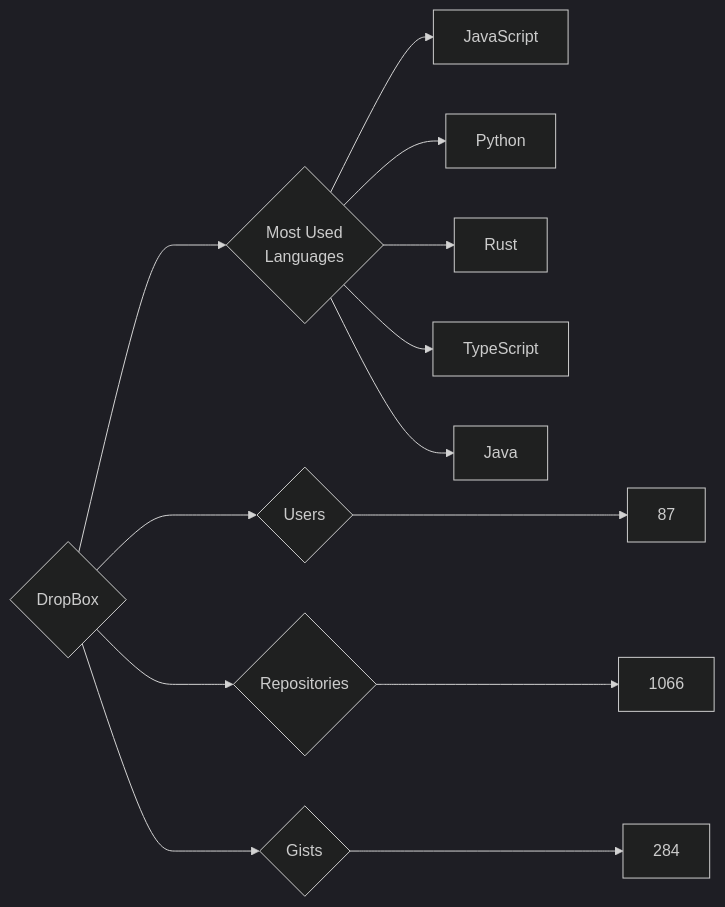
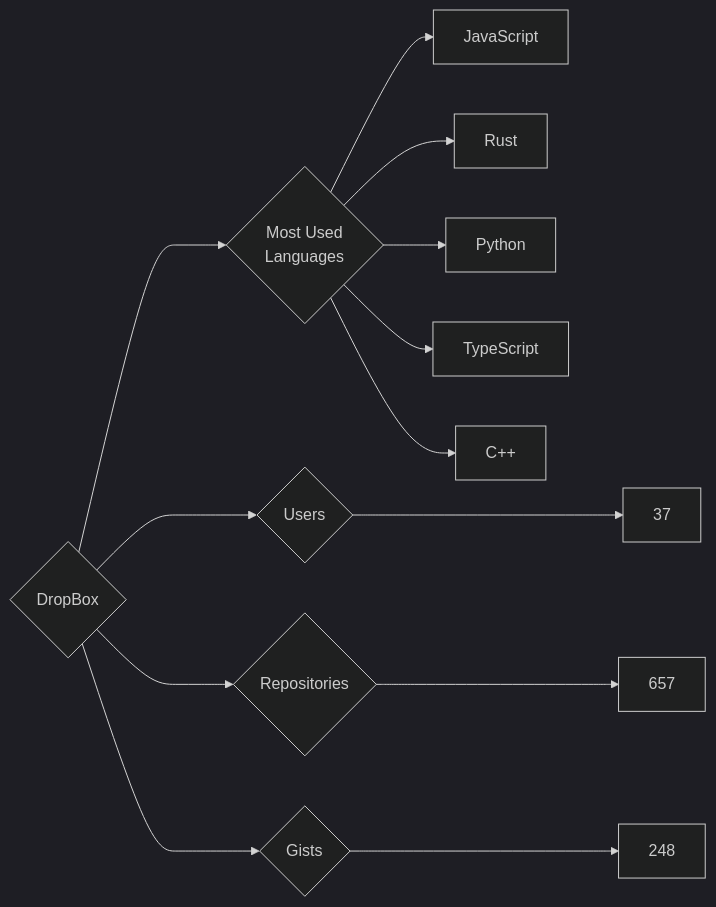
One commit to trickest/insiders changed the diagram in targets/DropBox/README.md. Above: the diagram before and after it, drawn with Mermaid (dark theme). The commit also changed 899 other files, not shown here.

````diff
--- a/targets/DropBox/README.md
+++ b/targets/DropBox/README.md
@@ -3,13 +3,13 @@
 ```mermaid
 graph LR
 COMPANY_NAME{DropBox}
-COMPANY_NAME ---> U{Users} ---> UN[87]
-COMPANY_NAME ---> R{Repositories} ---> RN[1066]
-COMPANY_NAME ---> G{Gists} ---> GN[284]
+COMPANY_NAME ---> U{Users} ---> UN[37]
+COMPANY_NAME ---> R{Repositories} ---> RN[657]
+COMPANY_NAME ---> G{Gists} ---> GN[248]
 COMPANY_NAME ---> ML{Most Used<br>Languages}
 ML --> JavaScript[JavaScript]
+ML --> Rust[Rust]
 ML --> Python[Python]
-ML --> Rust[Rust]
 ML --> TypeScript[TypeScript]
-ML --> Java[Java]
+ML --> C++[C++]
 ```
````
